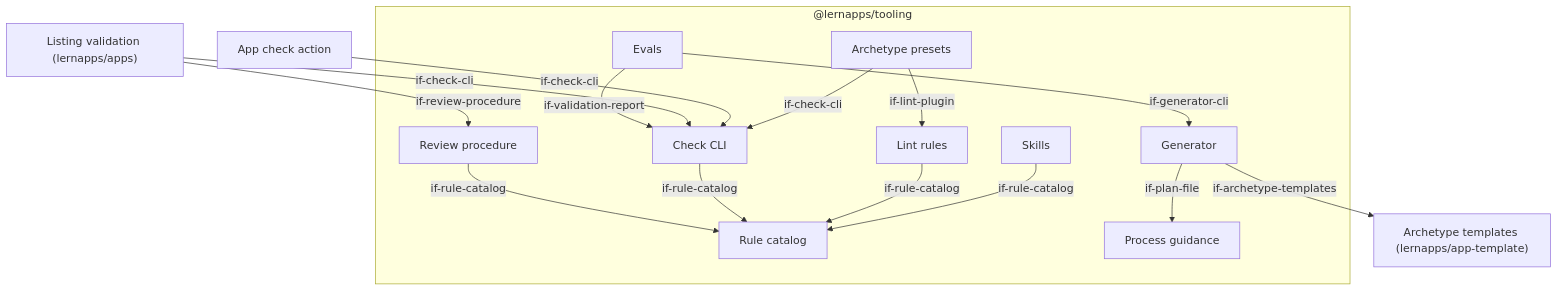
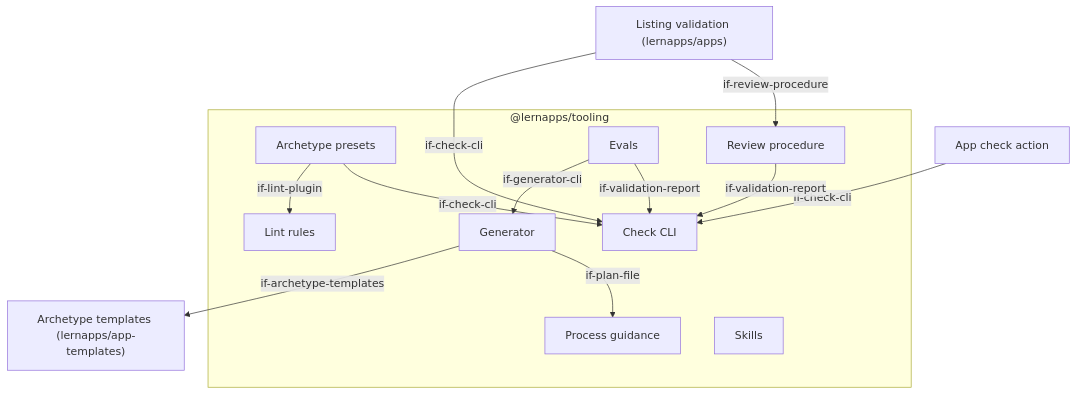
The first of 2 diagrams in docs/arc42/05-building-blocks.arc42.md (lernapps/tooling), drawn with Mermaid before and after one commit. The commit also changed other lines of this file and 13 other files, not shown here.

````diff
--- a/docs/arc42/05-building-blocks.arc42.md
+++ b/docs/arc42/05-building-blocks.arc42.md
@@ -19,30 +22,26 @@
 ```mermaid
 flowchart TB
     subgraph bb-tooling-package["@lernapps/tooling"]
-        bb-rule-catalog["Rule catalog"]
         bb-process-guidance["Process guidance"]
         bb-skills["Skills"]
         bb-generator["Generator"]
         bb-archetypes["Archetype presets"]
         bb-lint-rules["Lint rules"]
         bb-check-cli["Check CLI"]
         bb-review-procedure["Review procedure"]
         bb-evals["Evals"]
     end
-    bb-app-template["Archetype templates (lernapps/app-template)"]
+    bb-app-templates["Archetype templates (lernapps/app-templates)"]
     bb-app-check-action["App check action"]
     bb-listing-validation["Listing validation (lernapps/apps)"]
-    bb-skills -->|"if-rule-catalog"| bb-rule-catalog
-    bb-lint-rules -->|"if-rule-catalog"| bb-rule-catalog
-    bb-check-cli -->|"if-rule-catalog"| bb-rule-catalog
-    bb-review-procedure -->|"if-rule-catalog"| bb-rule-catalog
-    bb-generator -->|"if-archetype-templates"| bb-app-template
+    bb-generator -->|"if-archetype-templates"| bb-app-templates
     bb-generator -->|"if-plan-file"| bb-process-guidance
     bb-archetypes -->|"if-lint-plugin"| bb-lint-rules
     bb-archetypes -->|"if-check-cli"| bb-check-cli
     bb-app-check-action -->|"if-check-cli"| bb-check-cli
     bb-listing-validation -->|"if-check-cli"| bb-check-cli
     bb-listing-validation -->|"if-review-procedure"| bb-review-procedure
+    bb-review-procedure -->|"if-validation-report"| bb-check-cli
     bb-evals -->|"if-generator-cli"| bb-generator
     bb-evals -->|"if-validation-report"| bb-check-cli
 ```
````
